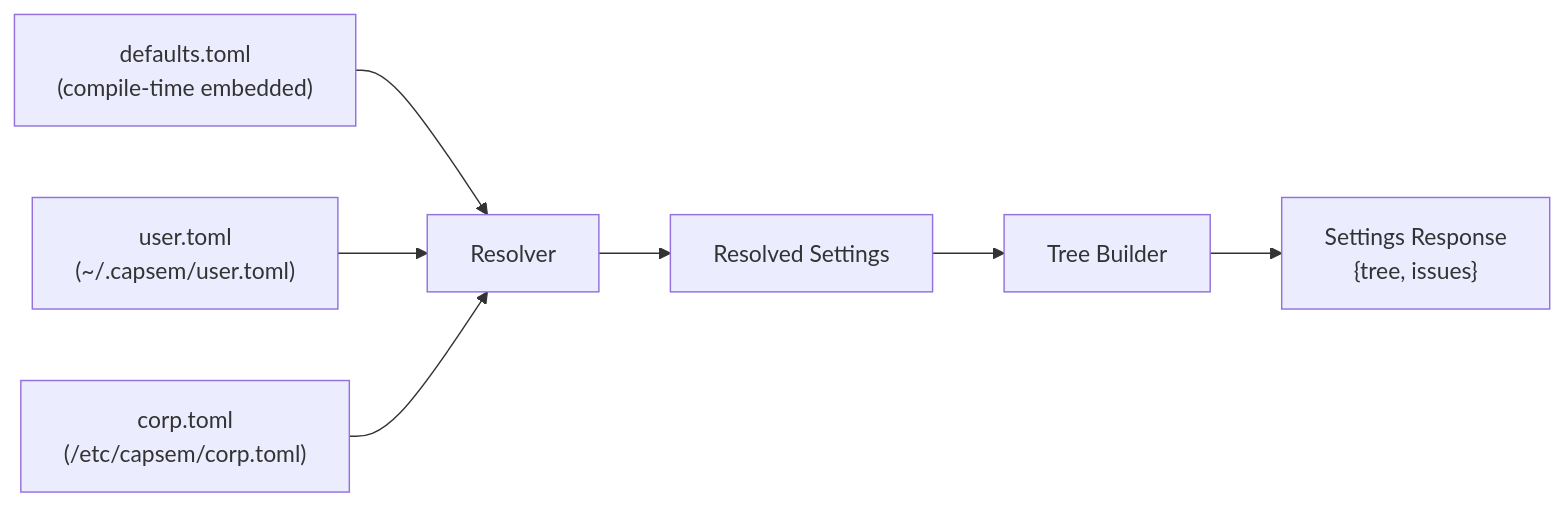
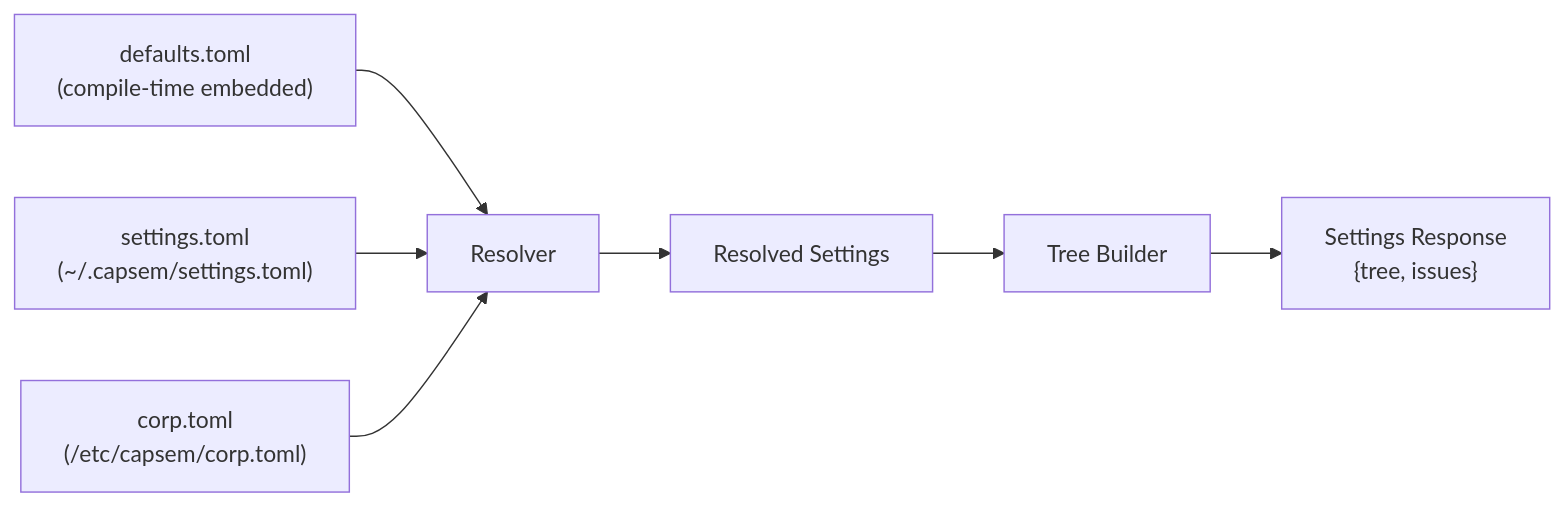
The first of 6 diagrams in docs/src/content/docs/architecture/settings.md (google/capsem), drawn with Mermaid before and after one commit. The commit also changed other lines of this file and 27 other files, not shown here.

Commit message:
docs: align architecture with 1.3 contract

````diff
--- a/docs/src/content/docs/architecture/settings.md
+++ b/docs/src/content/docs/architecture/settings.md
@@ -18,9 +18,9 @@
 ```mermaid
 flowchart LR
   DT["defaults.toml\n(compile-time embedded)"] --> R[Resolver]
-  UT["user.toml\n(~/.capsem/user.toml)"] --> R
+  UT["settings.toml\n(~/.capsem/settings.toml)"] --> R
   CT["corp.toml\n(/etc/capsem/corp.toml)"] --> R
   R --> RS["Resolved Settings"]
   RS --> TB[Tree Builder]
   TB --> SR["Settings Response\n{tree, issues}"]
 ```
````
